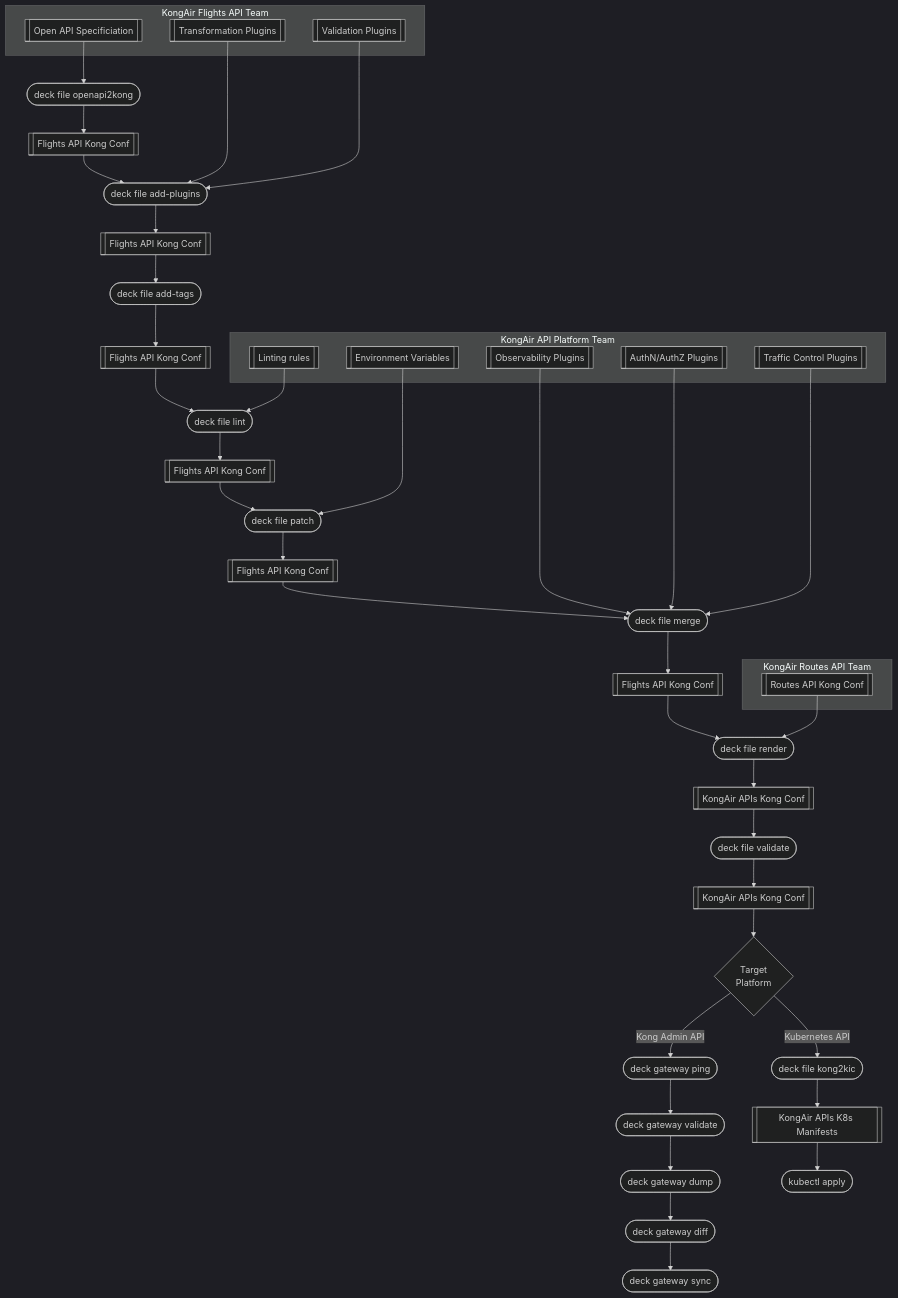
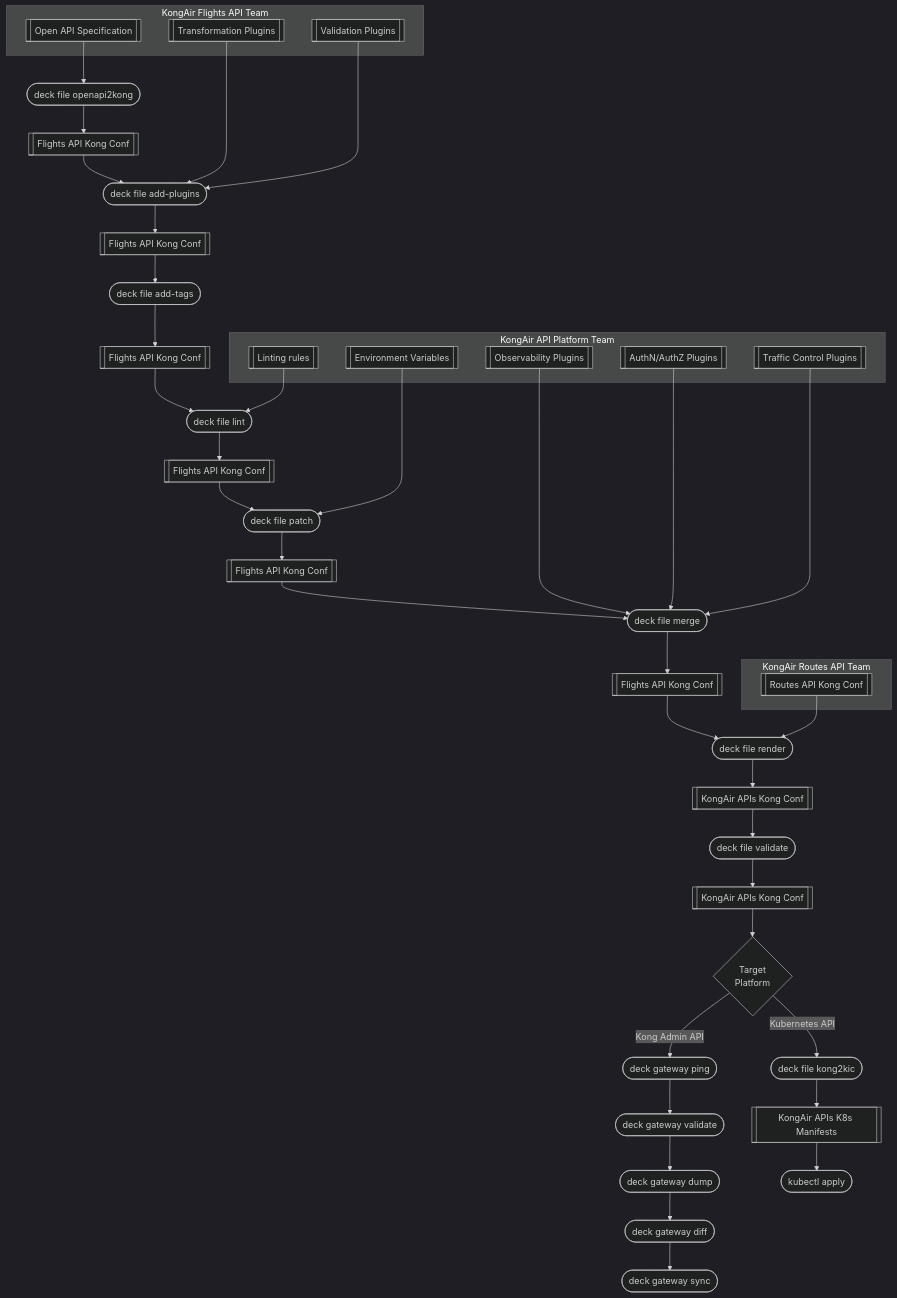
Before and after one commit to Kong/docs.konghq.com: the diagram in app/_src/deck/index.md, drawn with Mermaid (dark theme). The commit also changed other lines of this file, not shown here.

```diff
--- a/app/_src/deck/index.md
+++ b/app/_src/deck/index.md
@@ -91,54 +91,54 @@
 {% mermaid %}
         flowchart TB
     subgraph KongAir Flights API Team
-        oas_flights[[Open API Specificiation]]
+        oas_flights[[Open API Specification]]
         trans_plugins_flights[[Transformation Plugins]]
         validation_plugins_flights[[Validation Plugins]]
     end
     subgraph KongAir API Platform Team
         obs_plugins_platform[[Observability Plugins]]
         auth_plugins_platform[[AuthN/AuthZ Plugins]]
         traffic_plugins_platform[[Traffic Control Plugins]]
         linting_platform[[Linting rules]]
         env_vars[[Environment Variables]]
     end
     subgraph KongAir Routes API Team
         routes_api[[Routes API Kong Conf]]
     end
     oas_flights_o2k([deck file openapi2kong])
     deck_flights_plugins([deck file add-plugins])
     oas_flights --> oas_flights_o2k
     oas_flights_o2k --> flights_kong_config[[Flights API Kong Conf]]
     flights_kong_config --> deck_flights_plugins
     trans_plugins_flights --> deck_flights_plugins
     validation_plugins_flights --> deck_flights_plugins
     deck_flights_plugins --> flights_plugins[[Flights API Kong Conf]]
     flights_plugins --> deck_flights_tags([deck file add-tags])
     deck_flights_tags --> flights_plugins_tags[[Flights API Kong Conf]]
     flights_plugins_tags --> deck_flights_lint([deck file lint])
     linting_platform --> deck_flights_lint
     deck_flights_lint --> flights_linted[[Flights API Kong Conf]]
     flights_linted --> deck_flights_patch([deck file patch])
     env_vars --> deck_flights_patch
     deck_flights_patch --> flights_patched[[Flights API Kong Conf]]
     flights_patched --> deck_flights_merge([deck file merge])
     obs_plugins_platform --> deck_flights_merge
     auth_plugins_platform --> deck_flights_merge
     traffic_plugins_platform --> deck_flights_merge
     deck_flights_merge --> flights_merged[[Flights API Kong Conf]]
     flights_merged --> deck_flights_render([deck file render])
     routes_api --> deck_flights_render
     deck_flights_render --> kongair_complete[[KongAir APIs Kong Conf]]
     kongair_complete --> deck_complete_validate([deck file validate])
     deck_complete_validate --> kongair_valid[[KongAir APIs Kong Conf]]
     kongair_valid --> target_platform
     target_platform{Target<br/>Platform}
     target_platform -->|Kong Admin API| deck_ping([deck gateway ping])
     deck_ping --> deck_validate([deck gateway validate])
     deck_validate --> deck_dump([deck gateway dump])
     deck_dump --> deck_diff([deck gateway diff])
     deck_diff --> deck_sync([deck gateway sync])
     target_platform -->|Kubernetes API| deck_kic([deck file kong2kic])
     deck_kic --> k8s_manifests[[KongAir APIs K8s Manifests]]
     k8s_manifests --> kubectl([kubectl apply])
 {% endmermaid %}
```
